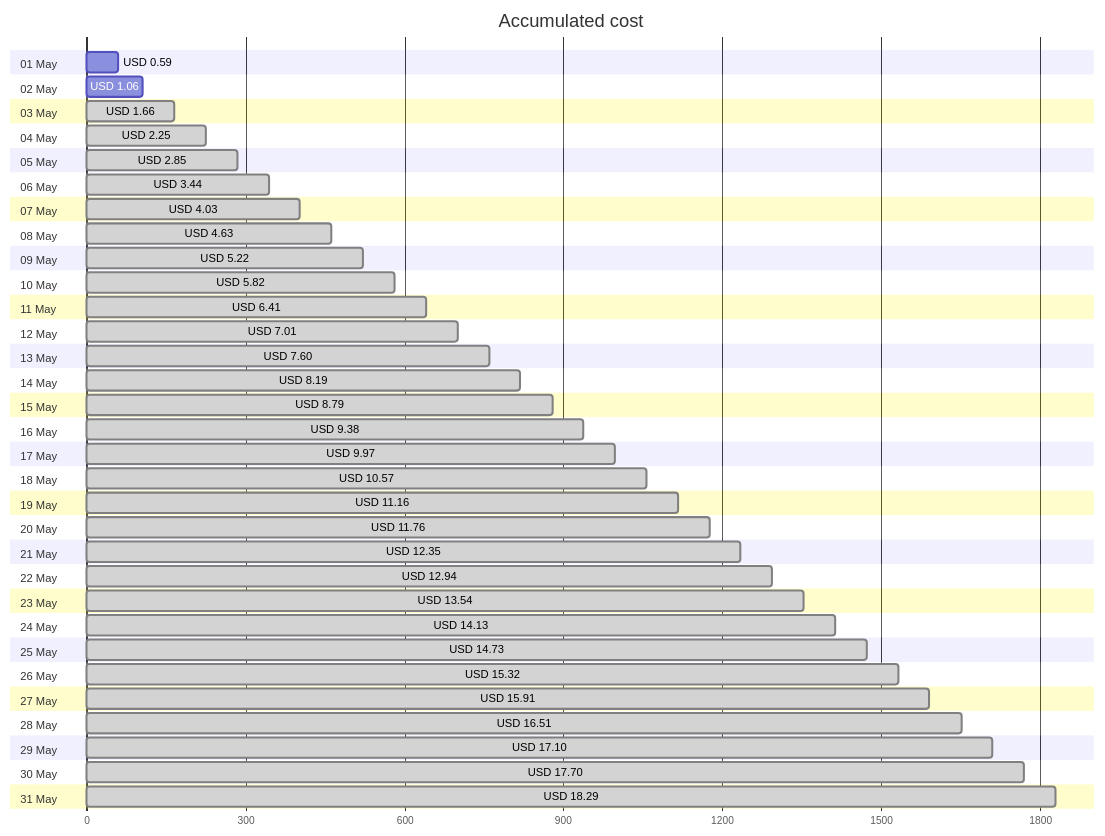
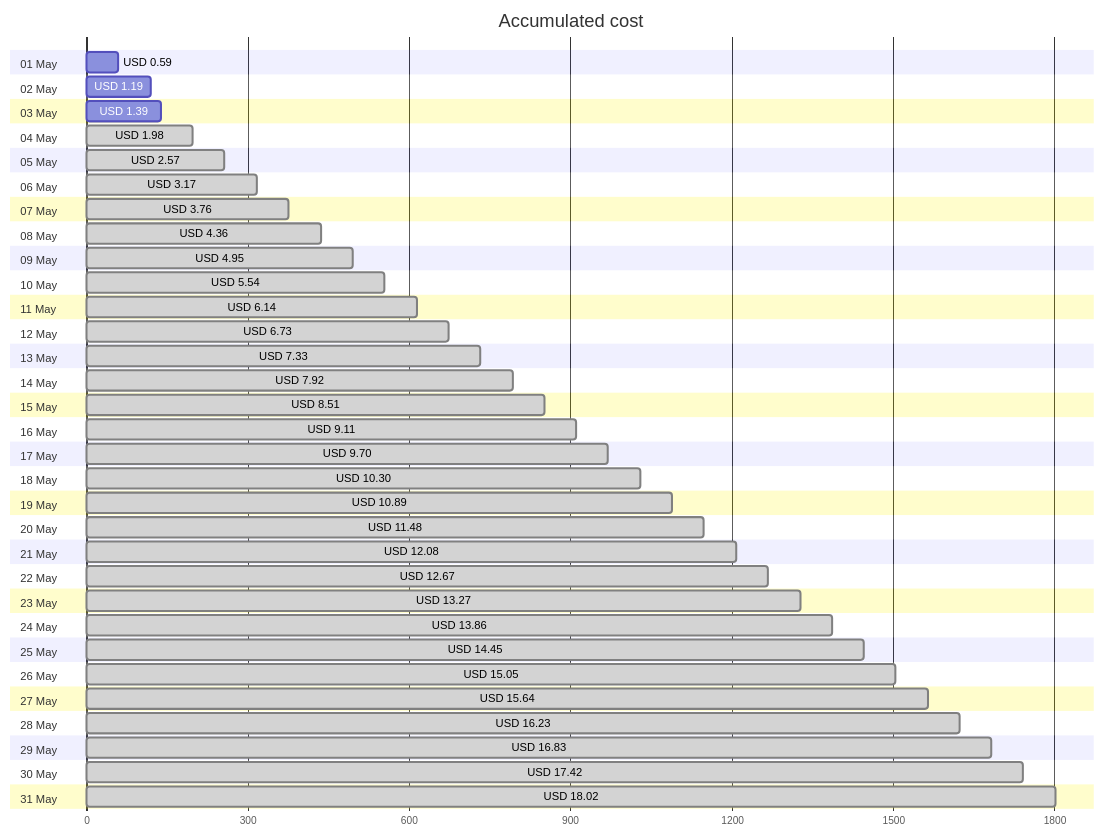
Before and after one commit to jpfulton/azure-personal-reports: the first of 4 diagrams in cost-reports/personal-site/README.md, drawn with Mermaid. The commit also changed other lines of this file and 6 other files, not shown here.

````diff
--- a/cost-reports/personal-site/README.md
+++ b/cost-reports/personal-site/README.md
@@ -20,68 +20,68 @@
 ```mermaid
 gantt
    title Accumulated cost
    dateFormat  X
    axisFormat %s
    section 01 May
    USD 0.59 :0, 59
    section 02 May
-   USD 1.06 :0, 106
+   USD 1.19 :0, 119
    section 03 May
-   USD 1.66 : done, 0, 166
+   USD 1.39 :0, 139
    section 04 May
-   USD 2.25 : done, 0, 225
+   USD 1.98 : done, 0, 198
    section 05 May
-   USD 2.85 : done, 0, 285
+   USD 2.57 : done, 0, 257
    section 06 May
-   USD 3.44 : done, 0, 344
+   USD 3.17 : done, 0, 317
    section 07 May
-   USD 4.03 : done, 0, 403
+   USD 3.76 : done, 0, 376
    section 08 May
-   USD 4.63 : done, 0, 463
+   USD 4.36 : done, 0, 436
    section 09 May
-   USD 5.22 : done, 0, 522
+   USD 4.95 : done, 0, 495
    section 10 May
-   USD 5.82 : done, 0, 582
+   USD 5.54 : done, 0, 554
    section 11 May
-   USD 6.41 : done, 0, 641
+   USD 6.14 : done, 0, 614
    section 12 May
-   USD 7.01 : done, 0, 701
+   USD 6.73 : done, 0, 673
    section 13 May
-   USD 7.60 : done, 0, 760
+   USD 7.33 : done, 0, 733
    section 14 May
-   USD 8.19 : done, 0, 819
+   USD 7.92 : done, 0, 792
    section 15 May
-   USD 8.79 : done, 0, 879
+   USD 8.51 : done, 0, 851
    section 16 May
-   USD 9.38 : done, 0, 938
+   USD 9.11 : done, 0, 911
    section 17 May
-   USD 9.97 : done, 0, 997
+   USD 9.70 : done, 0, 970
    section 18 May
-   USD 10.57 : done, 0, 1057
+   USD 10.30 : done, 0, 1030
    section 19 May
-   USD 11.16 : done, 0, 1116
+   USD 10.89 : done, 0, 1089
    section 20 May
-   USD 11.76 : done, 0, 1176
+   USD 11.48 : done, 0, 1148
    section 21 May
-   USD 12.35 : done, 0, 1235
+   USD 12.08 : done, 0, 1208
    section 22 May
-   USD 12.94 : done, 0, 1294
+   USD 12.67 : done, 0, 1267
    section 23 May
-   USD 13.54 : done, 0, 1354
+   USD 13.27 : done, 0, 1327
    section 24 May
-   USD 14.13 : done, 0, 1413
+   USD 13.86 : done, 0, 1386
    section 25 May
-   USD 14.73 : done, 0, 1473
+   USD 14.45 : done, 0, 1445
    section 26 May
-   USD 15.32 : done, 0, 1532
+   USD 15.05 : done, 0, 1505
    section 27 May
-   USD 15.91 : done, 0, 1591
+   USD 15.64 : done, 0, 1564
    section 28 May
-   USD 16.51 : done, 0, 1651
+   USD 16.23 : done, 0, 1623
    section 29 May
-   USD 17.10 : done, 0, 1710
+   USD 16.83 : done, 0, 1683
    section 30 May
-   USD 17.70 : done, 0, 1770
+   USD 17.42 : done, 0, 1742
    section 31 May
-   USD 18.29 : done, 0, 1829
+   USD 18.02 : done, 0, 1802
 ```
````
